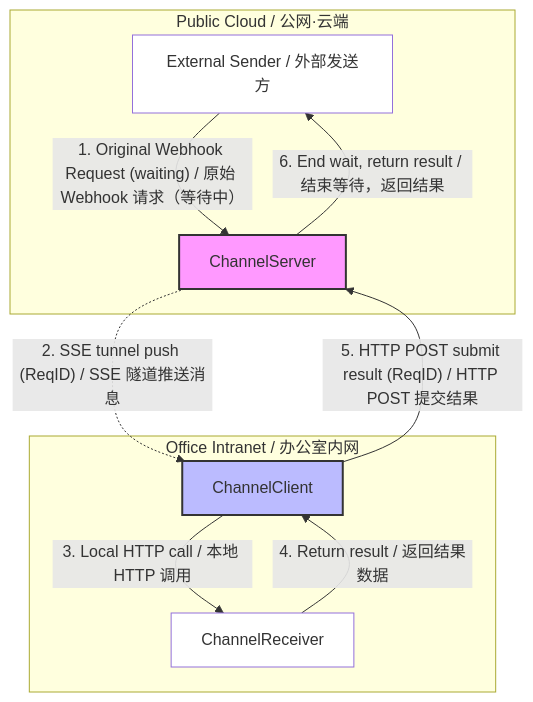
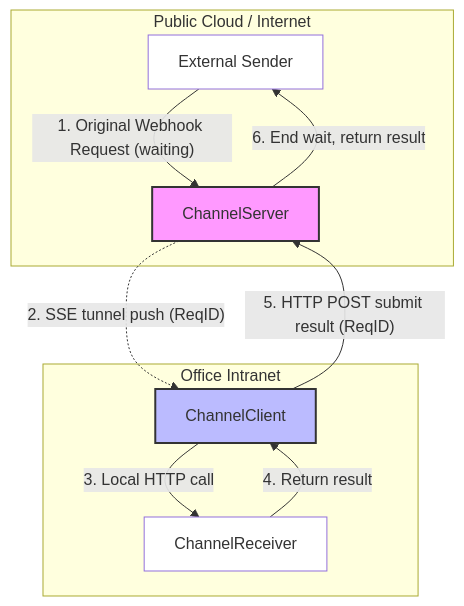
The second of 4 diagrams in PRD.md (liuxuejin008/linkedbot), drawn with Mermaid before and after one commit. The commit also changed other lines of this file and 6 other files, not shown here.

````diff
--- a/PRD.md
+++ b/PRD.md
@@ -111,25 +98,25 @@
 ```mermaid
 graph TD
-    subgraph Public_Internet ["Public Cloud / 公网·云端"]
-        Sender["External Sender / 外部发送方"]
+    subgraph Public_Internet ["Public Cloud / Internet"]
+        Sender["External Sender"]
         Server["ChannelServer"]
     end
 
-    subgraph Office_Internal_Network ["Office Intranet / 办公室内网"]
+    subgraph Office_Internal_Network ["Office Intranet"]
         Client["ChannelClient"]
         Receiver["ChannelReceiver"]
     end
 
-    Sender -- "1. Original Webhook Request (waiting) / 原始 Webhook 请求（等待中）" --> Server
-    Server -. "2. SSE tunnel push (ReqID) / SSE 隧道推送消息" .-> Client
-    Client -- "3. Local HTTP call / 本地 HTTP 调用" --> Receiver
+    Sender -- "1. Original Webhook Request (waiting)" --> Server
+    Server -. "2. SSE tunnel push (ReqID)" .-> Client
+    Client -- "3. Local HTTP call" --> Receiver
 
-    Receiver -- "4. Return result / 返回结果数据" --> Client
-    Client -- "5. HTTP POST submit result (ReqID) / HTTP POST 提交结果" --> Server
-    Server -- "6. End wait, return result / 结束等待，返回结果" --> Sender
+    Receiver -- "4. Return result" --> Client
+    Client -- "5. HTTP POST submit result (ReqID)" --> Server
+    Server -- "6. End wait, return result" --> Sender
 
     style Server fill:#f9f,stroke:#333,stroke-width:2px
     style Client fill:#bbf,stroke:#333,stroke-width:2px
     style Sender fill:#fff
     style Receiver fill:#fff
 ```
````
